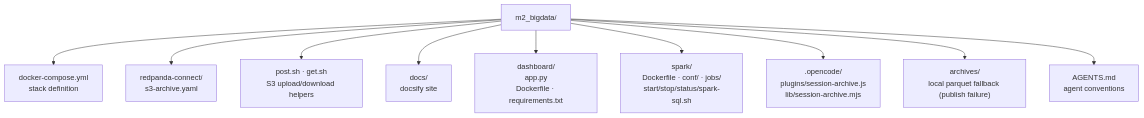
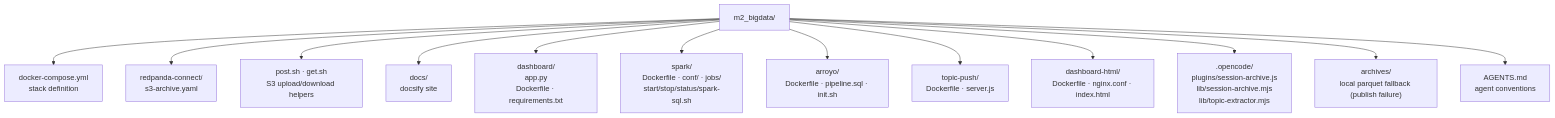
One commit to ogene70/m2_bigdata changed the seventh of 7 diagrams in docs/architecture.md. Above: the diagram before and after it, drawn with Mermaid. The commit also changed other lines of this file and 26 other files, not shown here.

````diff
--- a/docs/architecture.md
+++ b/docs/architecture.md
@@ -201,23 +265,29 @@
 ```mermaid
 flowchart TD
     ROOT["m2_bigdata/"]
     DC["docker-compose.yml<br/>stack definition"]
     RPCF["redpanda-connect/<br/>s3-archive.yaml"]
     P1["post.sh · get.sh<br/>S3 upload/download helpers"]
     DOCS["docs/<br/>docsify site"]
     DASHF["dashboard/<br/>app.py<br/>Dockerfile · requirements.txt"]
     SPARKF["spark/<br/>Dockerfile · conf/ · jobs/<br/>start/stop/status/spark-sql.sh"]
-    OPP[".opencode/<br/>plugins/session-archive.js<br/>lib/session-archive.mjs"]
+    ARRF["arroyo/<br/>Dockerfile · pipeline.sql · init.sh"]
+    TPF["topic-push/<br/>Dockerfile · server.js"]
+    DHTMLF["dashboard-html/<br/>Dockerfile · nginx.conf · index.html"]
+    OPP[".opencode/<br/>plugins/session-archive.js<br/>lib/session-archive.mjs<br/>lib/topic-extractor.mjs"]
     ARC["archives/<br/>local parquet fallback (publish failure)"]
     AG["AGENTS.md<br/>agent conventions"]
 
     ROOT --> DC
     ROOT --> RPCF
     ROOT --> P1
     ROOT --> DOCS
     ROOT --> DASHF
     ROOT --> SPARKF
+    ROOT --> ARRF
+    ROOT --> TPF
+    ROOT --> DHTMLF
     ROOT --> OPP
     ROOT --> ARC
     ROOT --> AG
 ```
````
